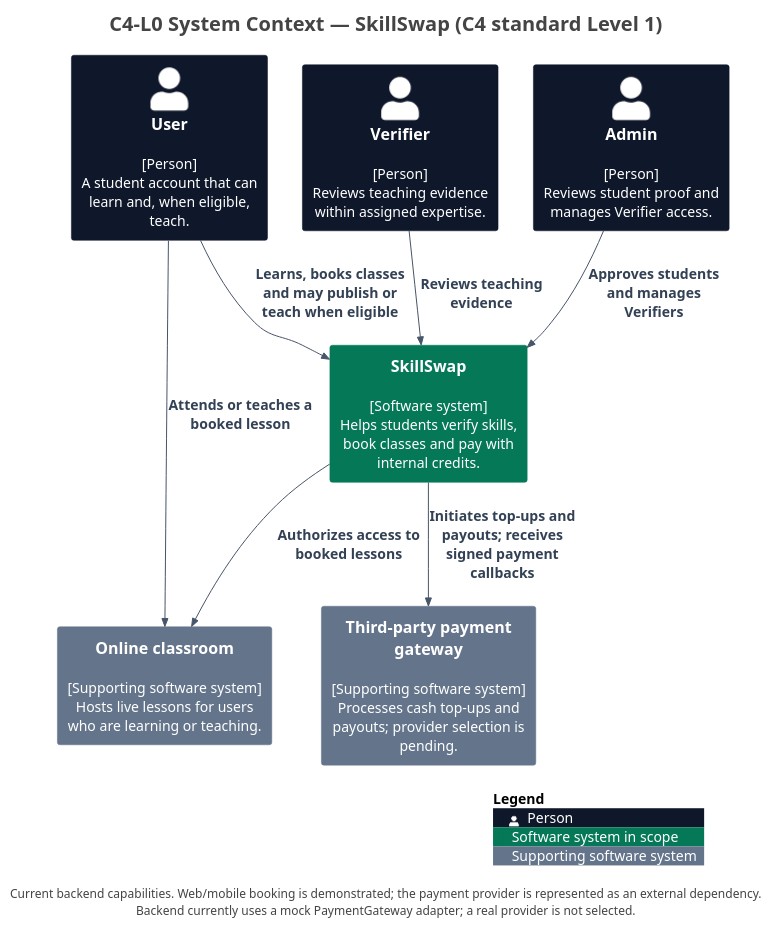
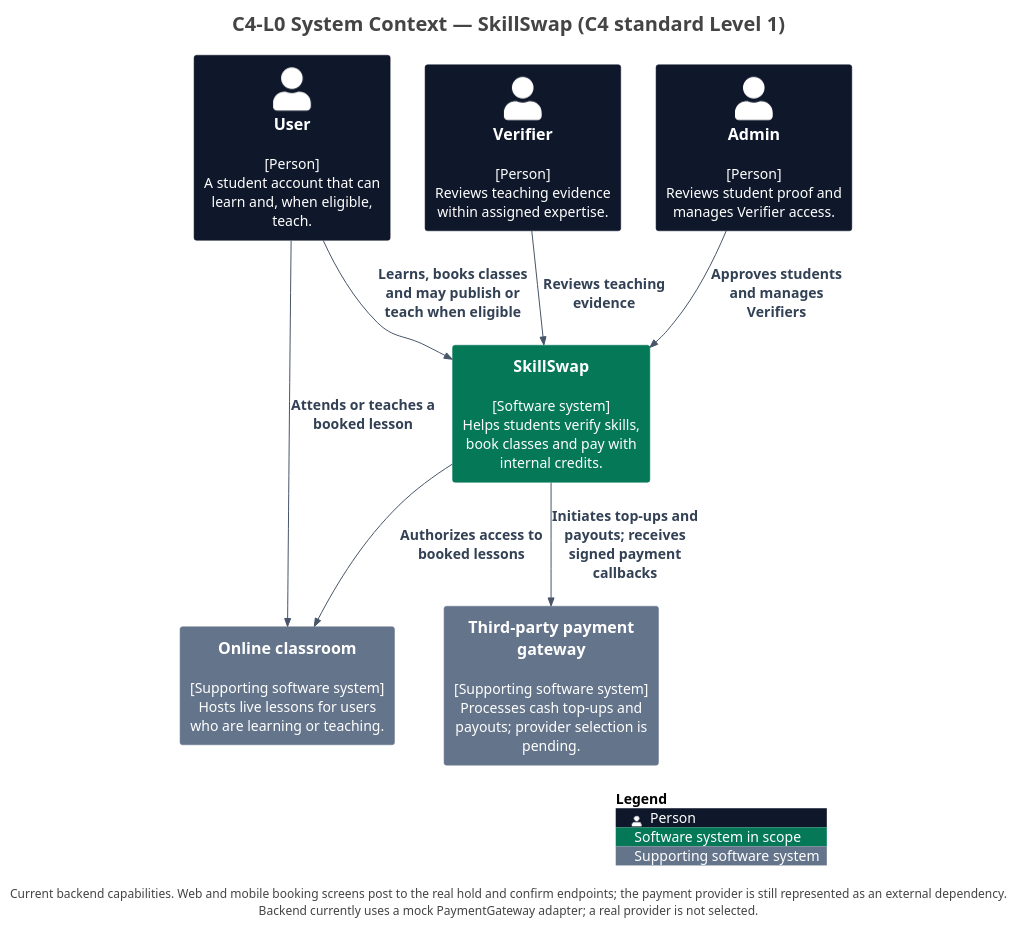
The diagram in docs/diagrams/c4/source/structurizr-SystemContext.puml (trankien022/SkillSwap), drawn with PlantUML before and after one commit. The commit also changed 4 other files, not shown here.

First line of the commit message:
docs(diagrams): correct the client booking and container claims

```diff
--- a/docs/diagrams/c4/source/structurizr-SystemContext.puml
+++ b/docs/diagrams/c4/source/structurizr-SystemContext.puml
@@ -1,51 +1,51 @@
 @startuml
 title C4-L0 System Context — SkillSwap (C4 standard Level 1)
 
 set separator none
 top to bottom direction
 
 <style>
   root {
     BackgroundColor: #ffffff
     FontColor: #444444
   }
 </style>
 
 !include <C4/C4>
 !include <C4/C4_Context>
 
 ' Presentation only: model elements and relationships come from workspace.dsl.
 skinparam defaultFontName Arial
 skinparam defaultFontSize 14
 skinparam shadowing false
 skinparam nodesep 35
 skinparam ranksep 45
 skinparam footerFontSize 12
 skinparam titleFontSize 20
 UpdateElementStyle("person", $bgColor="#0F172A", $fontColor="#FFFFFF", $borderColor="#0F172A", $legendText="Person")
 UpdateElementStyle("system", $bgColor="#047857", $fontColor="#FFFFFF", $borderColor="#047857", $legendText="Software system in scope")
 UpdateElementStyle("external_system", $bgColor="#64748B", $fontColor="#FFFFFF", $borderColor="#64748B", $legendText="Supporting software system")
 UpdateElementStyle("container", $bgColor="#047857", $fontColor="#FFFFFF", $borderColor="#047857", $legendText="Application or data store")
 UpdateRelStyle($lineColor="#475569", $textColor="#334155")
 AddElementTag("Demo", $bgColor="#F1F5F9", $fontColor="#0F172A", $borderColor="#64748B", $legendText="Demonstration client (local booking data)")
 
 together {
   Person(User, "User", $descr="[Person]\nA student account that can learn and, when eligible, teach.", $tags="", $link="")
   Person(Verifier, "Verifier", $descr="[Person]\nReviews teaching evidence within assigned expertise.", $tags="", $link="")
   Person(Admin, "Admin", $descr="[Person]\nReviews student proof and manages Verifier access.", $tags="", $link="")
 }
 
 System_Ext(Onlineclassroom, "Online classroom", $descr="[Supporting software system]\nHosts live lessons for users who are learning or teaching.", $tags="", $link="")
 System_Ext(Paymentgateway, "Third-party payment gateway", $descr="[Supporting software system]\nProcesses cash top-ups and payouts; provider selection is pending.", $tags="", $link="")
 System(SkillSwap, "SkillSwap", $descr="[Software system]\nHelps students verify skills, book classes and pay with internal credits.", $tags="", $link="")
 
 Rel(User, SkillSwap, "Learns, books classes and may publish or teach when eligible")
 Rel(Verifier, SkillSwap, "Reviews teaching evidence")
 Rel(Admin, SkillSwap, "Approves students and manages Verifiers")
 Rel(SkillSwap, Onlineclassroom, "Authorizes access to booked lessons")
 Rel(User, Onlineclassroom, "Attends or teaches a booked lesson")
 Rel(SkillSwap, Paymentgateway, "Initiates top-ups and payouts; receives signed payment callbacks")
 
 SHOW_LEGEND()
-footer Current backend capabilities. Web/mobile booking is demonstrated; the payment provider is represented as an external dependency.\nBackend currently uses a mock PaymentGateway adapter; a real provider is not selected.
+footer Current backend capabilities. Web and mobile booking screens post to the real hold and confirm endpoints; the payment provider is still represented as an external dependency.\nBackend currently uses a mock PaymentGateway adapter; a real provider is not selected.
 @enduml
```
